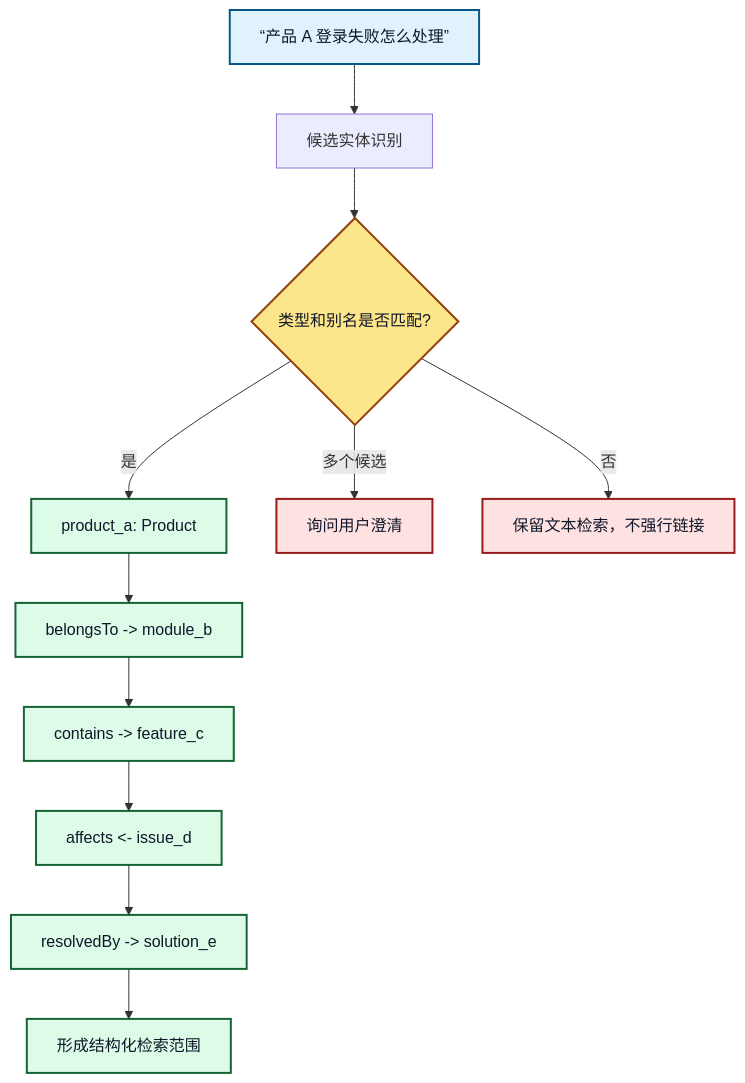
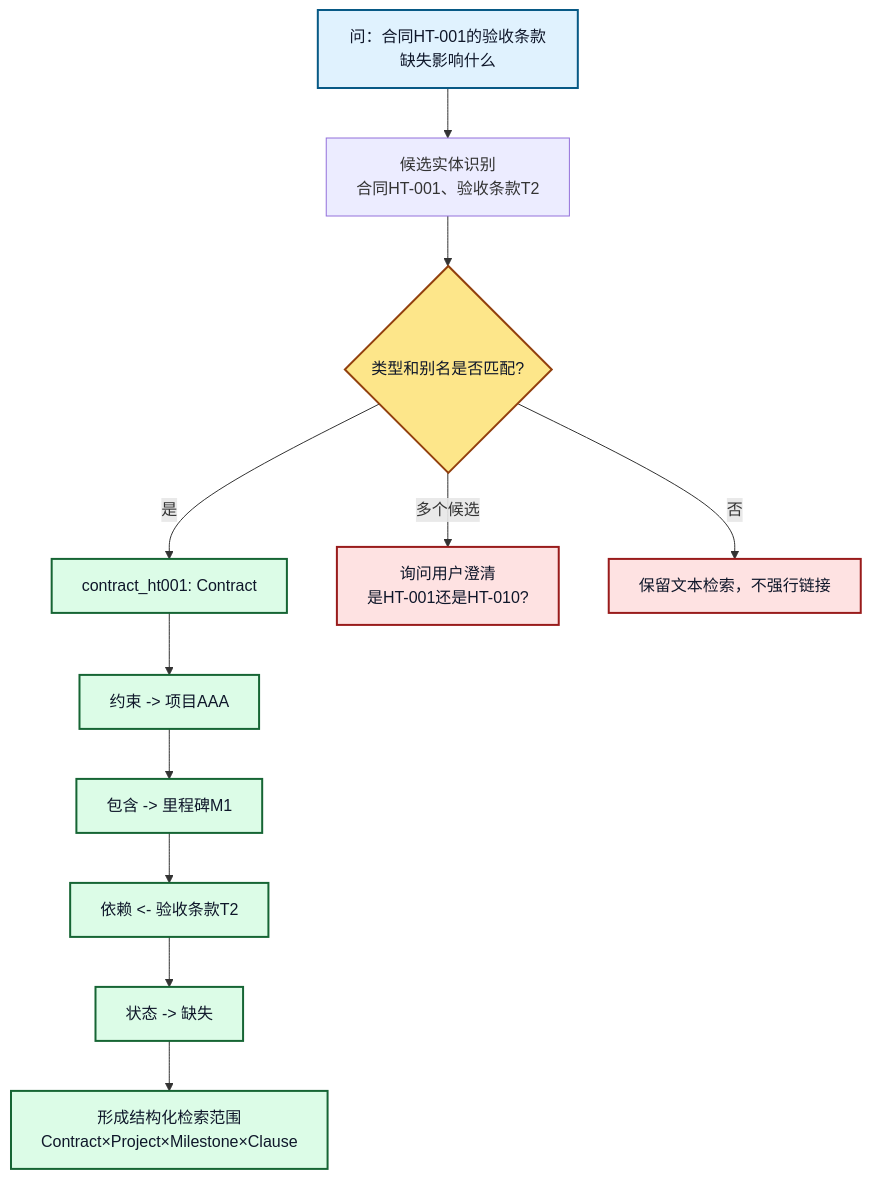
The third of 4 diagrams in 本体论-agent/05-Agent集成/12.本体论增强RAG.md (sealzrt/2026-08--agent), drawn with Mermaid before and after one commit. The commit also changed other lines of this file and 62 other files, not shown here.

````diff
--- a/本体论-agent/05-Agent集成/12.本体论增强RAG.md
+++ b/本体论-agent/05-Agent集成/12.本体论增强RAG.md
@@ -52,22 +101,22 @@
 ```mermaid
 flowchart TD
-    Q[“产品 A 登录失败怎么处理”] --> E[候选实体识别]
+    Q["问：合同HT-001的验收条款缺失影响什么"] --> E[候选实体识别<br/>合同HT-001、验收条款T2]
     E --> C{类型和别名是否匹配?}
-    C -->|是| P[product_a: Product]
-    C -->|多个候选| D[询问用户澄清]
+    C -->|是| P[contract_ht001: Contract]
+    C -->|多个候选| D[询问用户澄清<br/>是HT-001还是HT-010?]
     C -->|否| X[保留文本检索，不强行链接]
-    P --> R1[belongsTo -> module_b]
-    R1 --> R2[contains -> feature_c]
-    R2 --> R3[affects <- issue_d]
-    R3 --> R4[resolvedBy -> solution_e]
-    R4 --> S[形成结构化检索范围]
+    P --> R1[约束 -> 项目AAA]
+    R1 --> R2[包含 -> 里程碑M1]
+    R2 --> R3[依赖 <- 验收条款T2]
+    R3 --> R4[状态 -> 缺失]
+    R4 --> S[形成结构化检索范围<br/>Contract×Project×Milestone×Clause]
 
     classDef source fill:#E0F2FE,stroke:#075985,color:#0F172A,stroke-width:2px;
     classDef decision fill:#FDE68A,stroke:#92400E,color:#0F172A,stroke-width:2px;
     classDef path fill:#DCFCE7,stroke:#166534,color:#0F172A,stroke-width:2px;
     classDef fallback fill:#FEE2E2,stroke:#991B1B,color:#0F172A,stroke-width:2px;
     class Q source;
     class C decision;
     class P,R1,R2,R3,R4,S path;
     class D,X fallback;
 ```
````
